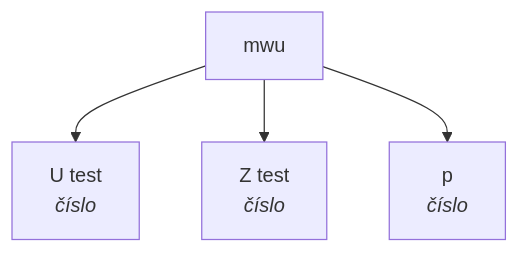
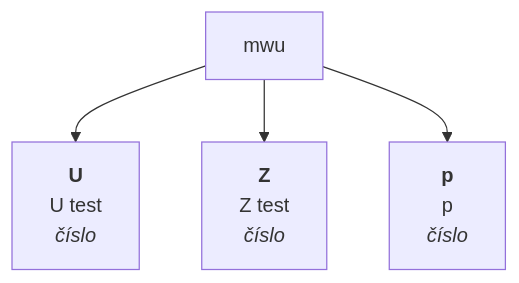
The third of 3 diagrams in md-test.md (muzikp/retusa), drawn with Mermaid before and after one commit. The commit also changed other lines of this file, not shown here.

````diff
--- a/md-test.md
+++ b/md-test.md
@@ -182,7 +182,7 @@
 ```mermaid
 graph TD
-mwu --> U[U test <br><i>číslo</i>]
-mwu --> Z[Z test <br><i>číslo</i>]
-mwu --> p[p <br><i>číslo</i>]
+mwu --> U[<b>U</b><br>U test <br><i>číslo</i>]
+mwu --> Z[<b>Z</b><br>Z test <br><i>číslo</i>]
+mwu --> p[<b>p</b><br>p <br><i>číslo</i>]
 
 ```
````
